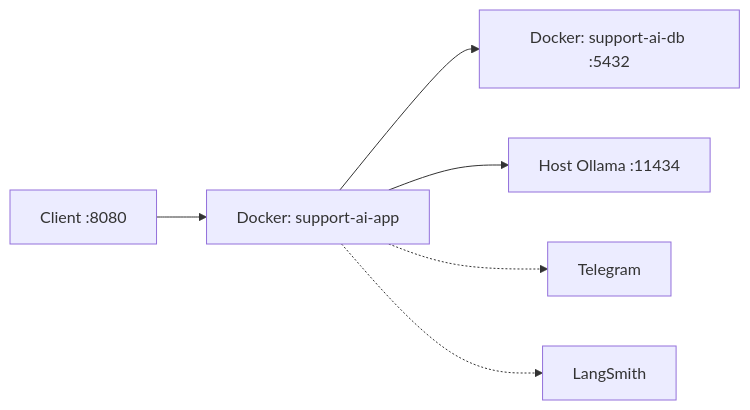
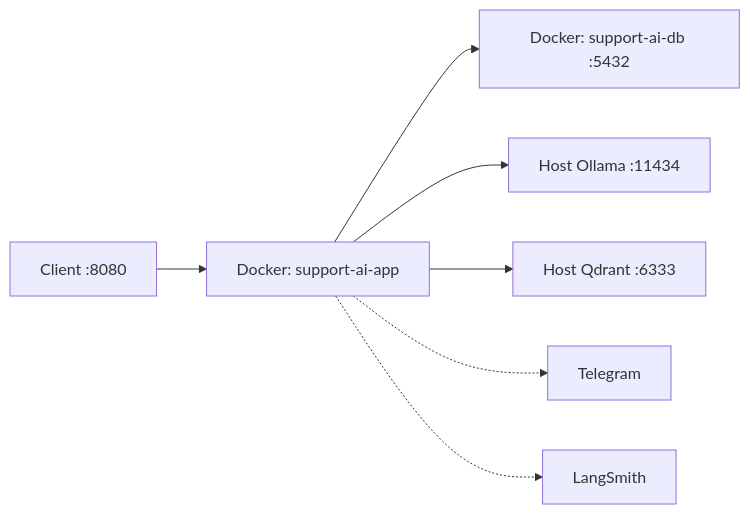
The second of 2 diagrams in docs/PROJECT_GUIDE.md (aryabchi/support-ai), drawn with Mermaid before and after one commit. The commit also changed other lines of this file, not shown here.

````diff
--- a/docs/PROJECT_GUIDE.md
+++ b/docs/PROJECT_GUIDE.md
@@ -153,8 +162,9 @@
 ```mermaid
 flowchart LR
     CLIENT["Client :8080"] --> APP["Docker: support-ai-app"]
     APP --> DB["Docker: support-ai-db :5432"]
     APP --> OLLAMA["Host Ollama :11434"]
+    APP --> QDRANT["Host Qdrant :6333"]
     APP -.-> TG["Telegram"]
     APP -.-> LS["LangSmith"]
 ```
````
